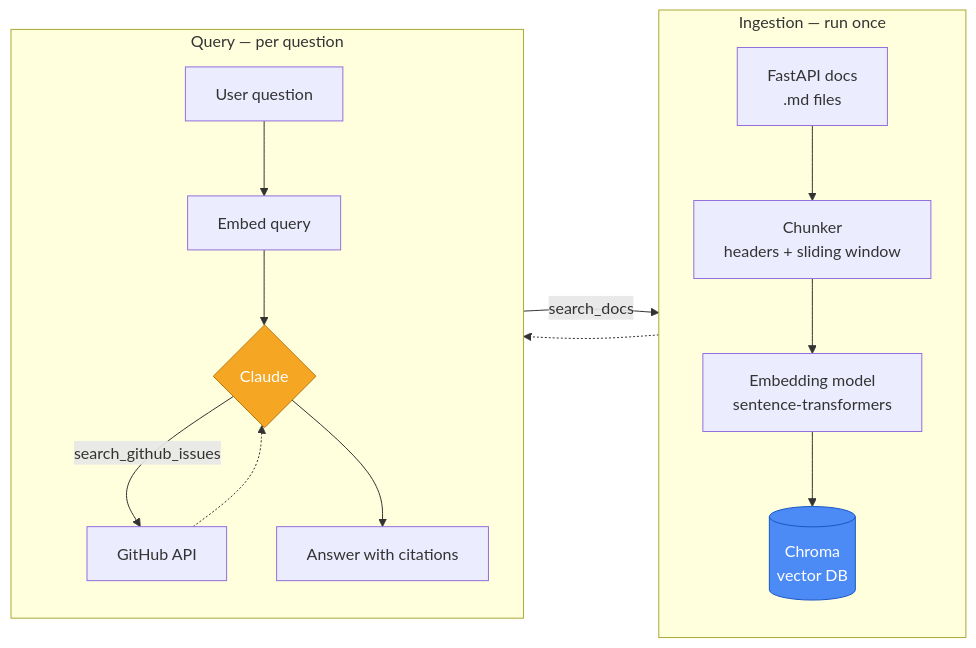
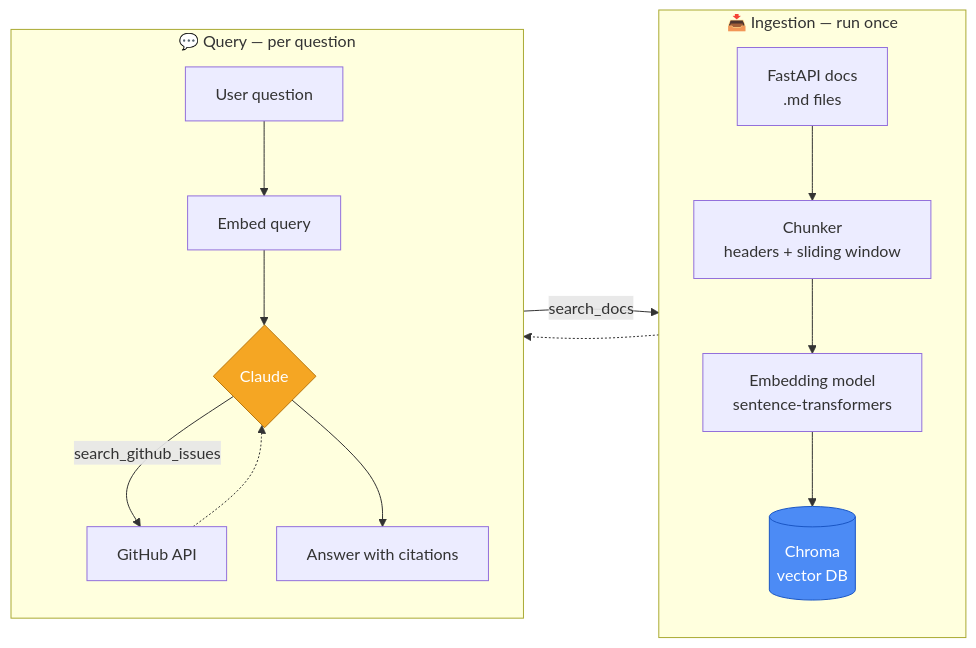
One commit to gyngwon/fastapi-docs-agent changed the first of 2 diagrams in README.md. Above: the diagram before and after it, drawn with Mermaid. The commit also changed other lines of this file, not shown here.

````diff
--- a/README.md
+++ b/README.md
@@ -27,25 +27,25 @@
 ```mermaid
 flowchart LR
-    subgraph Ingestion["Ingestion — run once"]
+    subgraph Ingestion["📥 Ingestion — run once"]
         direction TB
         A[FastAPI docs<br/>.md files] --> B[Chunker<br/>headers + sliding window]
         B --> C[Embedding model<br/>sentence-transformers]
         C --> D[(Chroma<br/>vector DB)]
     end
 
-    subgraph Query["Query — per question"]
+    subgraph Query["💬 Query — per question"]
         direction TB
         E[User question] --> F[Embed query]
         F --> G{Claude}
         G -->|search_docs| D
         G -->|search_github_issues| H[GitHub API]
         D -.-> G
         H -.-> G
         G --> I[Answer with citations]
     end
 
     classDef store fill:#4c8bf5,stroke:#1a56c4,color:#fff
     classDef brain fill:#f5a623,stroke:#b9770e,color:#fff
     class D store
     class G brain
 ```
````
